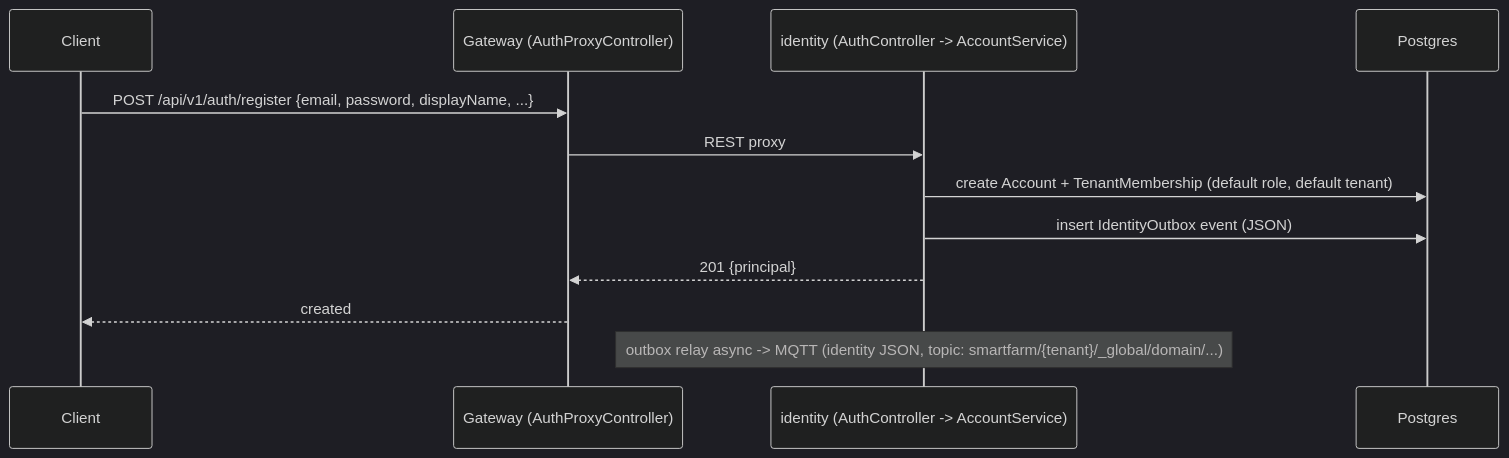
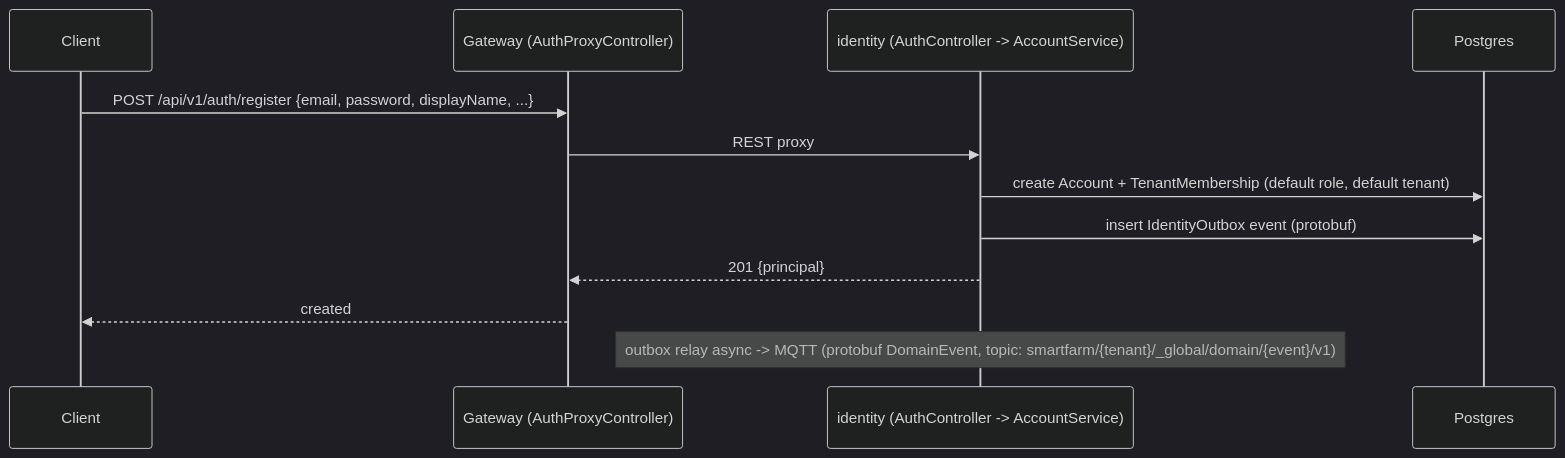
The second of 6 diagrams in docs/architecture/request-flows.md (hatrongvu13/smartfarm-platform-maven-starter), drawn with Mermaid (dark theme) before and after one commit. The commit also changed other lines of this file and 15 other files, not shown here.

First line of the commit message:
docs: truth pass -- audit log, outstanding issues, architecture & service docs

````diff
--- a/docs/architecture/request-flows.md
+++ b/docs/architecture/request-flows.md
@@ -35,14 +35,14 @@
 ```mermaid
 sequenceDiagram
   participant C as Client
   participant GW as Gateway (AuthProxyController)
   participant ID as identity (AuthController -> AccountService)
   participant PG as Postgres
   C->>GW: POST /api/v1/auth/register {email, password, displayName, ...}
   GW->>ID: REST proxy
   ID->>PG: create Account + TenantMembership (default role, default tenant)
-  ID->>PG: insert IdentityOutbox event (JSON)
+  ID->>PG: insert IdentityOutbox event (protobuf)
   ID-->>GW: 201 {principal}
   GW-->>C: created
-  Note over ID: outbox relay async -> MQTT (identity JSON, topic: smartfarm/{tenant}/_global/domain/...)
+  Note over ID: outbox relay async -> MQTT (protobuf DomainEvent, topic: smartfarm/{tenant}/_global/domain/{event}/v1)
 ```
````
